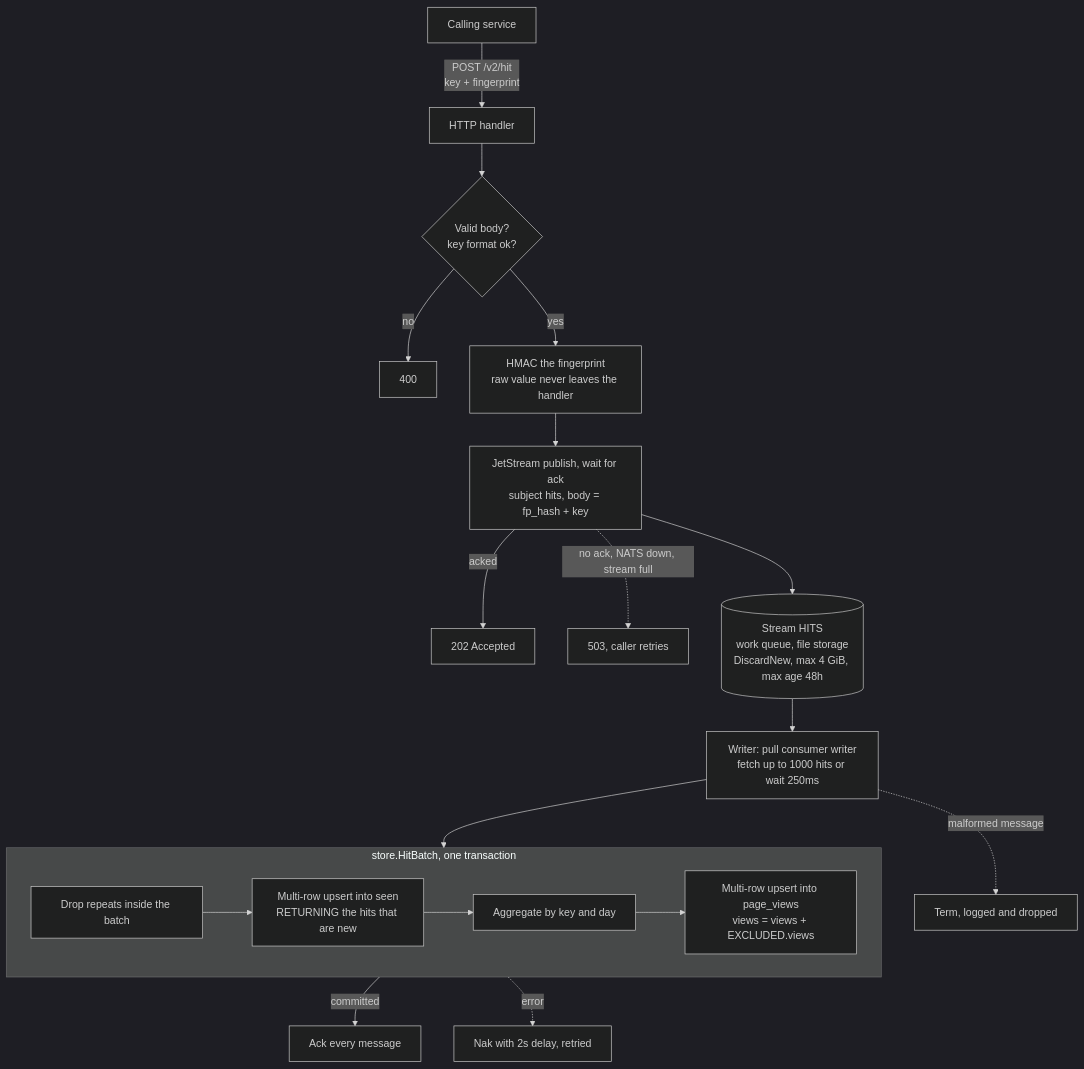
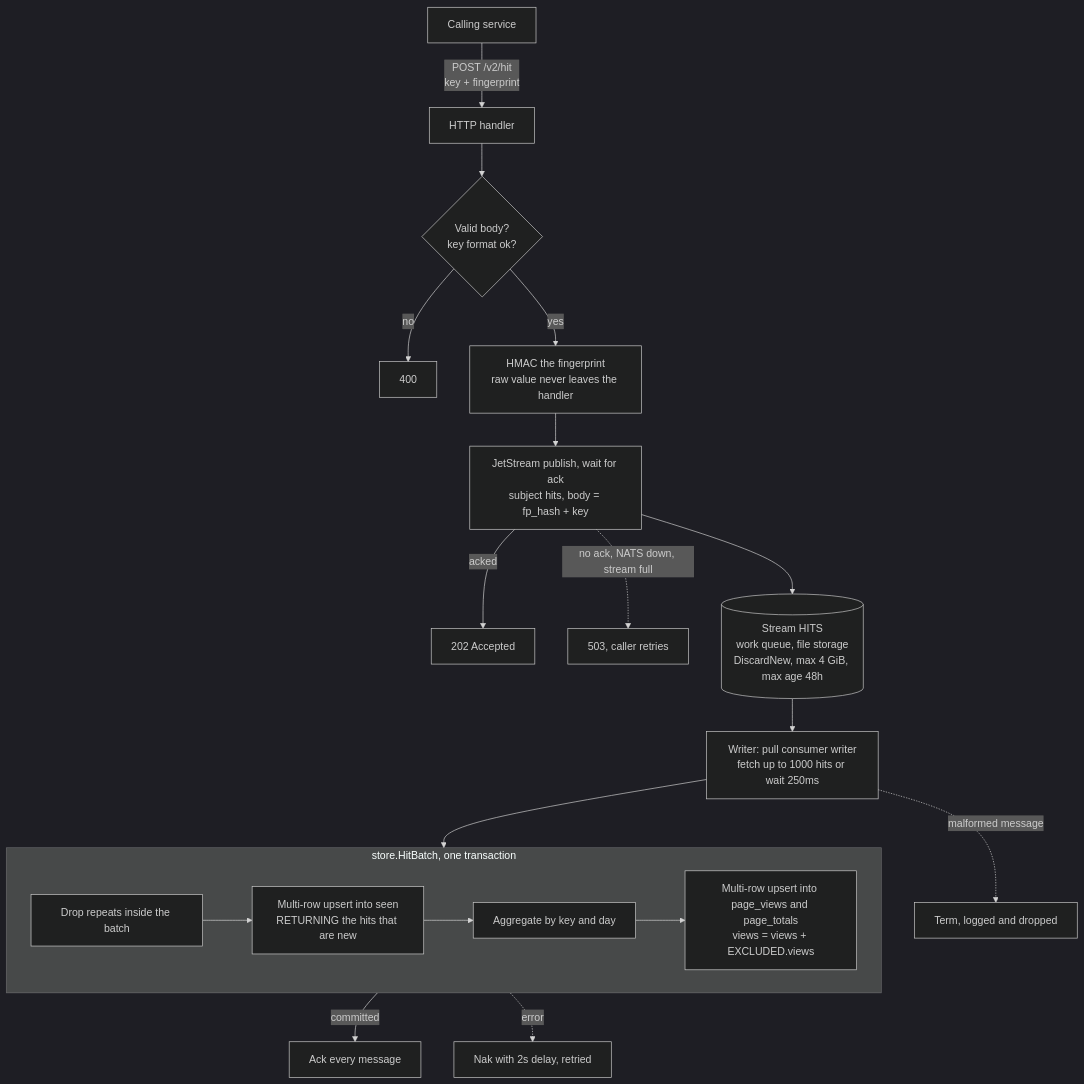
Before and after one commit to oshanz/view-counter: the first of 4 diagrams in docs/jetstream-v2.md, drawn with Mermaid (dark theme). The commit also changed other lines of this file and 5 other files, not shown here.

First line of the commit message:
Add page_totals table for all-time view counts

````diff
--- a/docs/jetstream-v2.md
+++ b/docs/jetstream-v2.md
@@ -21,23 +21,23 @@
 ```mermaid
 flowchart TD
     C[Calling service] -->|POST /v2/hit<br/>key + fingerprint| H[HTTP handler]
     H --> V{Valid body?<br/>key format ok?}
     V -- no --> E[400]
     V -- yes --> FP[HMAC the fingerprint<br/>raw value never leaves the handler]
     FP --> PUB[JetStream publish, wait for ack<br/>subject hits, body = fp_hash + key]
     PUB -- acked --> R202[202 Accepted]
     PUB -. no ack, NATS down, stream full .-> E503[503, caller retries]
 
     PUB --> S[(Stream HITS<br/>work queue, file storage<br/>DiscardNew, max 4 GiB, max age 48h)]
 
     S --> F[Writer: pull consumer writer<br/>fetch up to 1000 hits or wait 250ms]
     F --> B
     subgraph B [store.HitBatch, one transaction]
         D1[Drop repeats inside the batch] --> D2[Multi-row upsert into seen<br/>RETURNING the hits that are new]
         D2 --> D3[Aggregate by key and day]
-        D3 --> D4[Multi-row upsert into page_views<br/>views = views + EXCLUDED.views]
+        D3 --> D4[Multi-row upsert into page_views and page_totals<br/>views = views + EXCLUDED.views]
     end
     B -- committed --> ACK[Ack every message]
     B -. error .-> NAK[Nak with 2s delay, retried]
     F -. malformed message .-> TERM[Term, logged and dropped]
 ```
````
